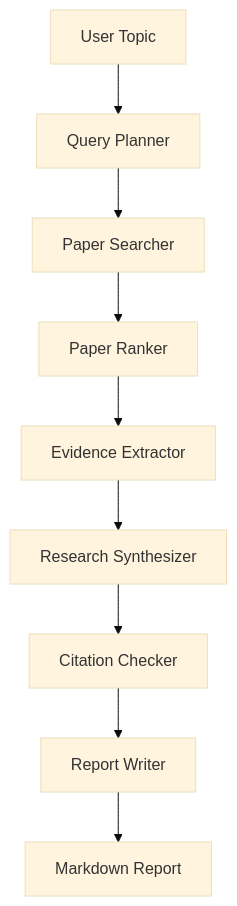
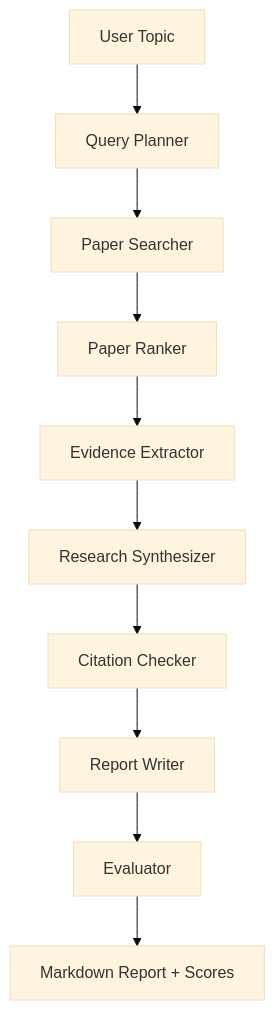
The diagram in docs/architecture.md (xinyizhiren/cs599-project), drawn with Mermaid (base theme) before and after one commit. The commit also changed other lines of this file and 20 other files, not shown here.

Commit message:
Add graph runner and evaluation workflow

````diff
--- a/docs/architecture.md
+++ b/docs/architecture.md
@@ -28,11 +28,12 @@
 ```mermaid
 flowchart TD
     A["User Topic"] --> B["Query Planner"]
     B --> C["Paper Searcher"]
     C --> D["Paper Ranker"]
     D --> E["Evidence Extractor"]
     E --> F["Research Synthesizer"]
     F --> G["Citation Checker"]
     G --> H["Report Writer"]
-    H --> I["Markdown Report"]
+    H --> I["Evaluator"]
+    I --> J["Markdown Report + Scores"]
 ```
````
